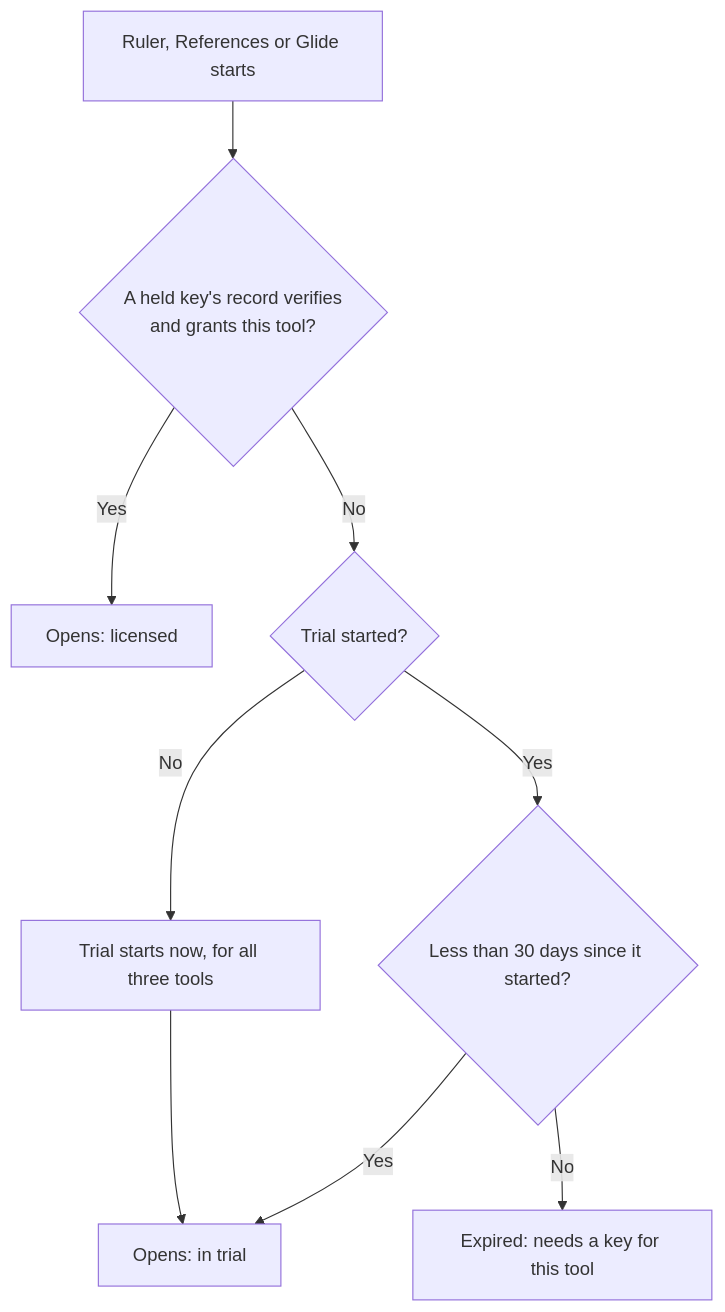
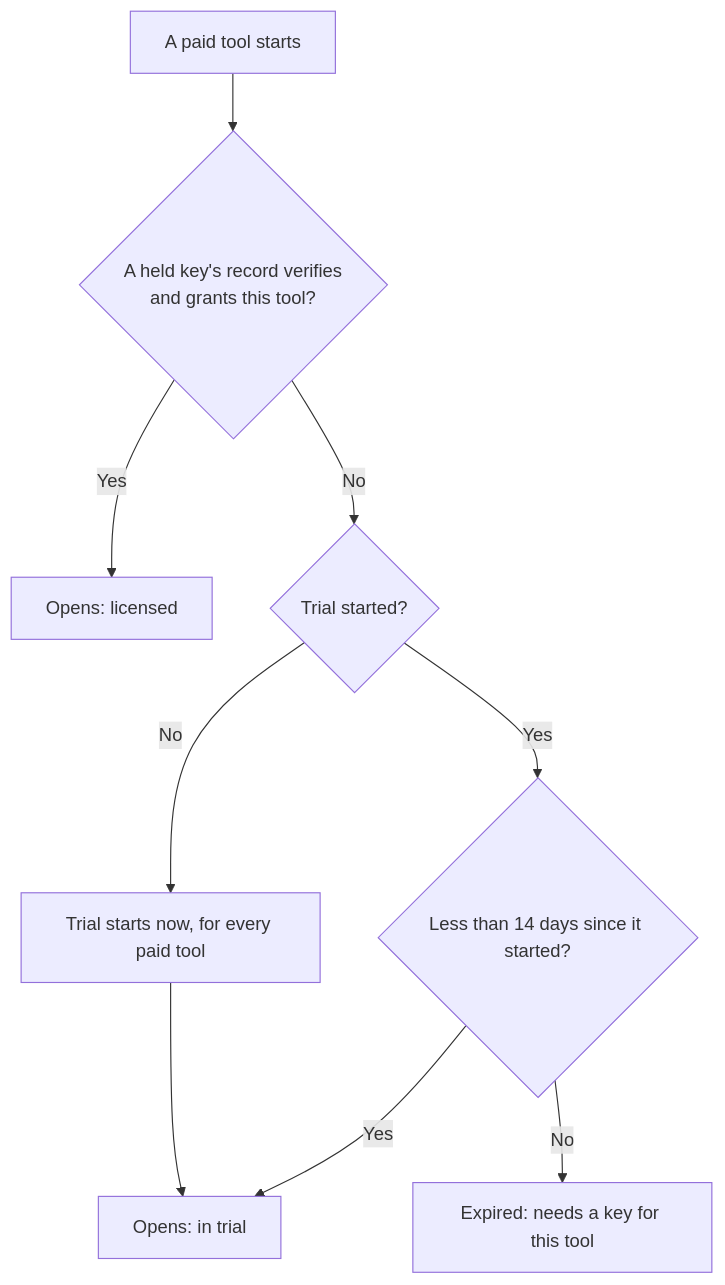
Before and after one commit to overpolish/screenwide: the first of 2 diagrams in src-tauri/crates/licensing/README.md, drawn with Mermaid. The commit also changed other lines of this file and 25 other files, not shown here.

Commit message:
feat(licensing): add the licence server and the paid tools licence

````diff
--- a/src-tauri/crates/licensing/README.md
+++ b/src-tauri/crates/licensing/README.md
@@ -14,10 +14,10 @@
 ```mermaid
 flowchart TD
-  start["Ruler, References or Glide starts"] --> key{"A held key's record verifies<br/>and grants this tool?"}
+  start["A paid tool starts"] --> key{"A held key's record verifies<br/>and grants this tool?"}
   key -- "Yes" --> licensed["Opens: licensed"]
   key -- "No" --> started{"Trial started?"}
-  started -- "No" --> begin["Trial starts now, for all three tools"] --> trial["Opens: in trial"]
-  started -- "Yes" --> within{"Less than 30 days since it started?"}
+  started -- "No" --> begin["Trial starts now, for every paid tool"] --> trial["Opens: in trial"]
+  started -- "Yes" --> within{"Less than 14 days since it started?"}
   within -- "Yes" --> trial
   within -- "No" --> expired["Expired: needs a key for this tool"]
 ```
````
